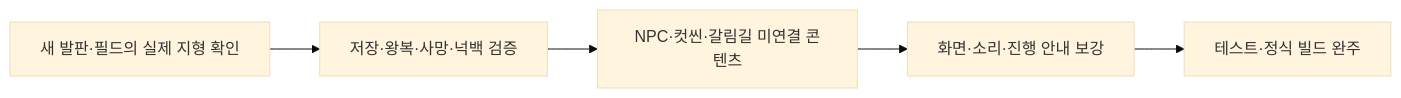
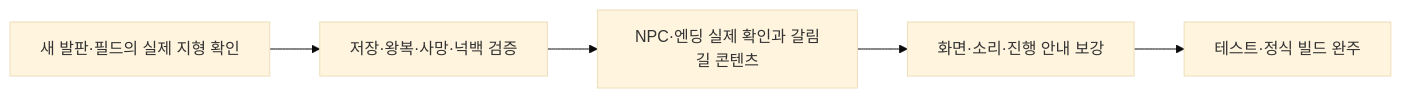
The third of 3 diagrams in Docs/개발자용 설계문서/현재 구현과 검증 현황.md (lkhwcf-arch/Human_Ghost-), drawn with Mermaid (base theme) before and after one commit. The commit also changed other lines of this file and 63 other files, not shown here.

```diff
--- a/Docs/개발자용 설계문서/현재 구현과 검증 현황.md
+++ b/Docs/개발자용 설계문서/현재 구현과 검증 현황.md
@@ -154,7 +159,7 @@
 ~~~mermaid
 flowchart LR
     A[새 발판·필드의 실제 지형 확인] --> B[저장·왕복·사망·넉백 검증]
-    B --> C[NPC·컷씬·갈림길 미연결 콘텐츠]
+    B --> C[NPC·엔딩 실제 확인과 갈림길 콘텐츠]
     C --> D[화면·소리·진행 안내 보강]
     D --> E[테스트·정식 빌드 완주]
 ~~~
```
